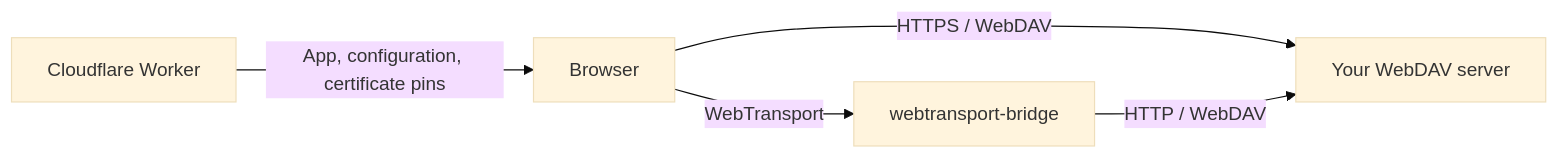
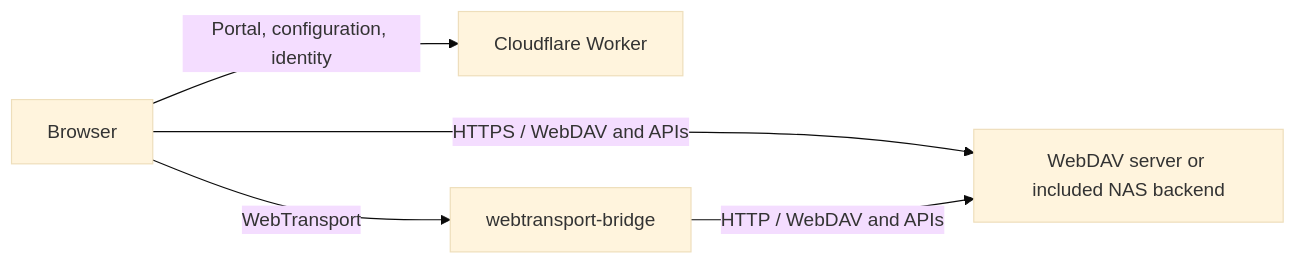
Before and after one commit to longern/lantern-dock: the diagram in README.md, drawn with Mermaid (base theme). The commit also changed other lines of this file and 21 other files, not shown here.

````diff
--- a/README.md
+++ b/README.md
@@ -105,7 +129,7 @@
 ```mermaid
 flowchart LR
-    Worker["Cloudflare Worker"] -->|"App, configuration, certificate pins"| Browser
-    Browser -->|"HTTPS / WebDAV"| Files["Your WebDAV server"]
+    Browser["Browser"] -->|"Portal, configuration, identity"| Worker["Cloudflare Worker"]
+    Browser -->|"HTTPS / WebDAV and APIs"| Storage["WebDAV server or included NAS backend"]
     Browser -->|"WebTransport"| Bridge["webtransport-bridge"]
-    Bridge -->|"HTTP / WebDAV"| Files
+    Bridge -->|"HTTP / WebDAV and APIs"| Storage
 ```
````
